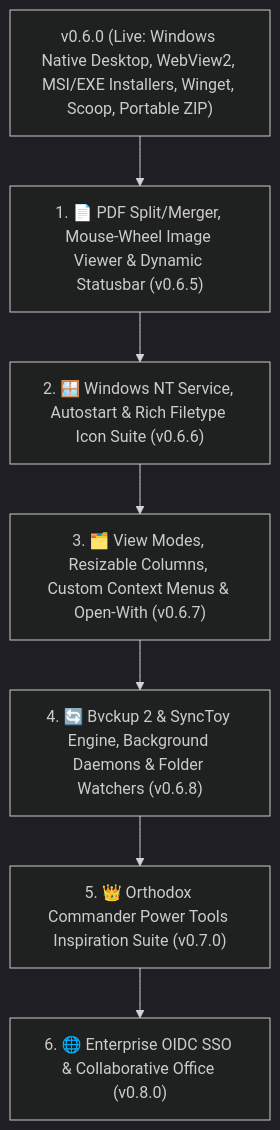
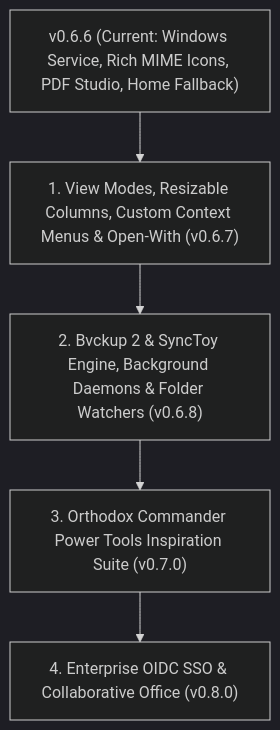
Before and after one commit to Woofson/commanderdog: the diagram in ROADMAP.md, drawn with Mermaid (dark theme). The commit also changed other lines of this file and 2 other files, not shown here.

Commit message:
docs: use official logo icon in headers and sanitize emoji clutter

````diff
--- a/ROADMAP.md
+++ b/ROADMAP.md
@@ -98,9 +121,7 @@
 ```mermaid
 graph TD
-    A["v0.6.0 (Live: Windows Native Desktop, WebView2, MSI/EXE Installers, Winget, Scoop, Portable ZIP)"] --> B["1. 📄 PDF Split/Merger, Mouse-Wheel Image Viewer & Dynamic Statusbar (v0.6.5)"]
-    B --> C["2. 🪟 Windows NT Service, Autostart & Rich Filetype Icon Suite (v0.6.6)"]
-    C --> D["3. 🗂️ View Modes, Resizable Columns, Custom Context Menus & Open-With (v0.6.7)"]
-    D --> E["4. 🔄 Bvckup 2 & SyncToy Engine, Background Daemons & Folder Watchers (v0.6.8)"]
-    E --> F["5. 👑 Orthodox Commander Power Tools Inspiration Suite (v0.7.0)"]
-    F --> G["6. 🌐 Enterprise OIDC SSO & Collaborative Office (v0.8.0)"]
+    A["v0.6.6 (Current: Windows Service, Rich MIME Icons, PDF Studio, Home Fallback)"] --> B["1. View Modes, Resizable Columns, Custom Context Menus & Open-With (v0.6.7)"]
+    B --> C["2. Bvckup 2 & SyncToy Engine, Background Daemons & Folder Watchers (v0.6.8)"]
+    C --> D["3. Orthodox Commander Power Tools Inspiration Suite (v0.7.0)"]
+    D --> E["4. Enterprise OIDC SSO & Collaborative Office (v0.8.0)"]
 ```
````
